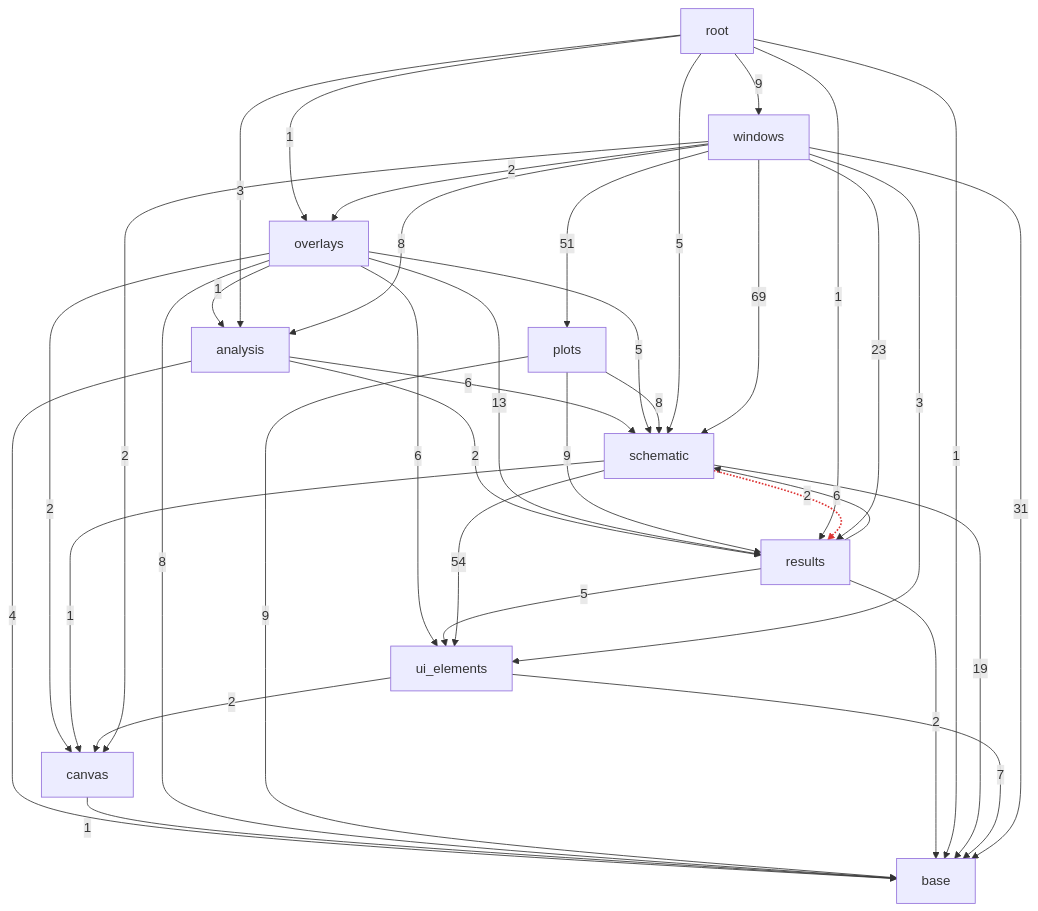
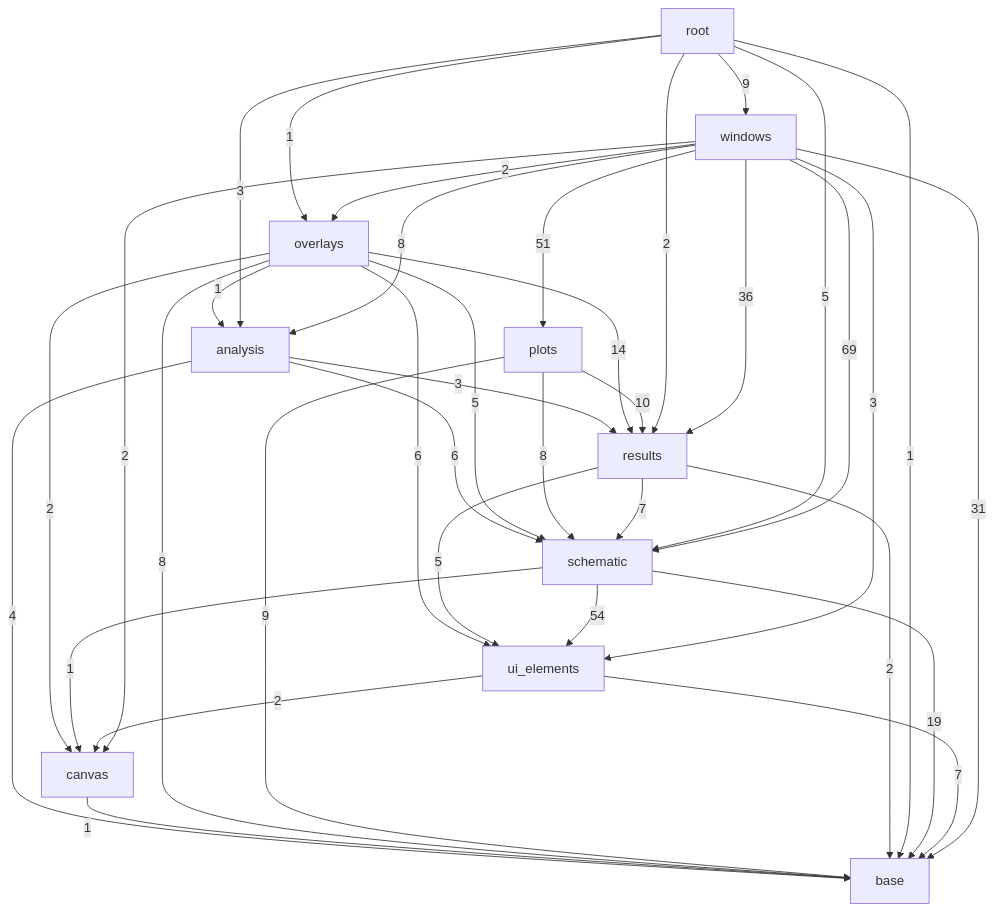
The third of 3 diagrams in docs/architecture.md (ronnymilleo/imcsim), drawn with Mermaid before and after one commit. The commit also changed other lines of this file and 46 other files, not shown here.

Commit message:
Move the simulation results out of the Schematic into a ResultStore

````diff
--- a/docs/architecture.md
+++ b/docs/architecture.md
@@ -58,50 +58,48 @@
 ```mermaid
 flowchart TD
     app_gui_base[base]
     app_gui_canvas[canvas]
     app_gui_ui_elements[ui_elements]
     app_gui_schematic[schematic]
     app_gui_results[results]
     app_gui_analysis[analysis]
     app_gui_plots[plots]
     app_gui_overlays[overlays]
     app_gui_windows[windows]
     app_gui_root[root]
     app_gui_analysis -->|4| app_gui_base
-    app_gui_analysis -->|2| app_gui_results
+    app_gui_analysis -->|3| app_gui_results
     app_gui_analysis -->|6| app_gui_schematic
     app_gui_canvas -->|1| app_gui_base
     app_gui_overlays -->|1| app_gui_analysis
     app_gui_overlays -->|8| app_gui_base
     app_gui_overlays -->|2| app_gui_canvas
-    app_gui_overlays -->|13| app_gui_results
+    app_gui_overlays -->|14| app_gui_results
     app_gui_overlays -->|5| app_gui_schematic
     app_gui_overlays -->|6| app_gui_ui_elements
     app_gui_plots -->|9| app_gui_base
-    app_gui_plots -->|9| app_gui_results
+    app_gui_plots -->|10| app_gui_results
     app_gui_plots -->|8| app_gui_schematic
     app_gui_results -->|2| app_gui_base
-    app_gui_results -->|6| app_gui_schematic
+    app_gui_results -->|7| app_gui_schematic
     app_gui_results -->|5| app_gui_ui_elements
     app_gui_root -->|3| app_gui_analysis
     app_gui_root -->|1| app_gui_base
     app_gui_root -->|1| app_gui_overlays
-    app_gui_root -->|1| app_gui_results
+    app_gui_root -->|2| app_gui_results
     app_gui_root -->|5| app_gui_schematic
     app_gui_root -->|9| app_gui_windows
     app_gui_schematic -->|19| app_gui_base
     app_gui_schematic -->|1| app_gui_canvas
-    app_gui_schematic -.->|2| app_gui_results
     app_gui_schematic -->|54| app_gui_ui_elements
     app_gui_ui_elements -->|7| app_gui_base
     app_gui_ui_elements -->|2| app_gui_canvas
     app_gui_windows -->|8| app_gui_analysis
     app_gui_windows -->|31| app_gui_base
     app_gui_windows -->|2| app_gui_canvas
     app_gui_windows -->|2| app_gui_overlays
     app_gui_windows -->|51| app_gui_plots
-    app_gui_windows -->|23| app_gui_results
+    app_gui_windows -->|36| app_gui_results
     app_gui_windows -->|69| app_gui_schematic
     app_gui_windows -->|3| app_gui_ui_elements
-    linkStyle 24 stroke:#d33,stroke-width:2px
 ```
````
